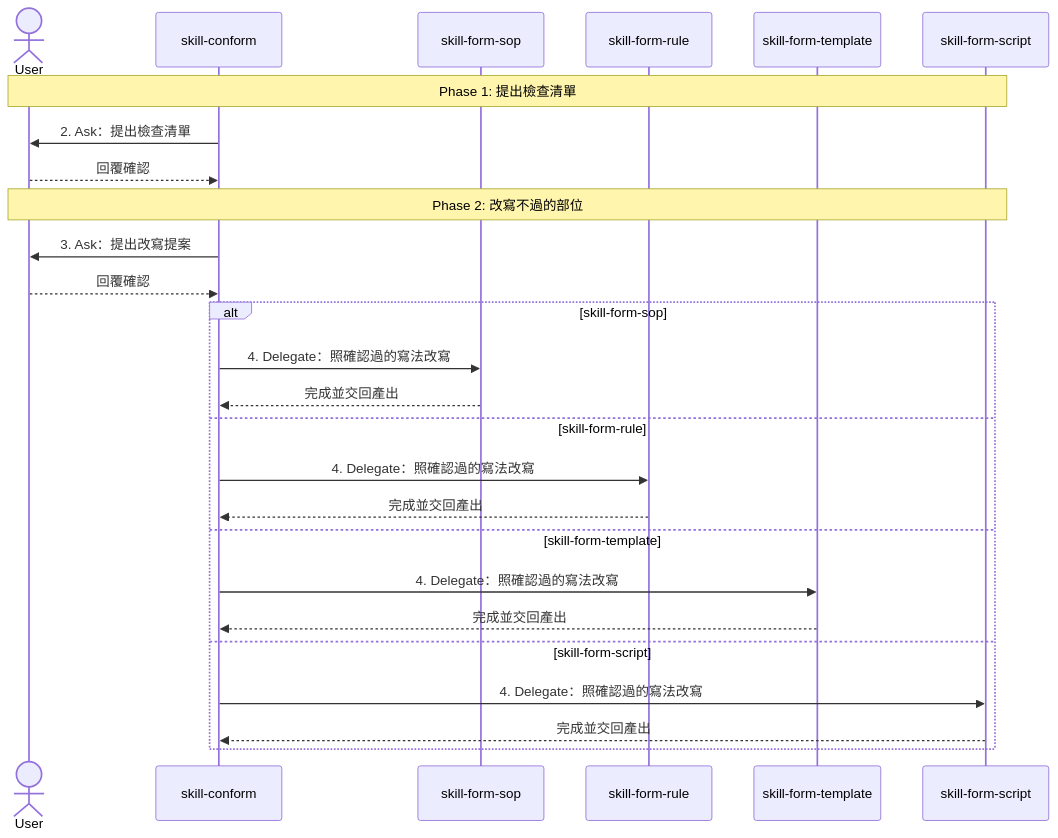
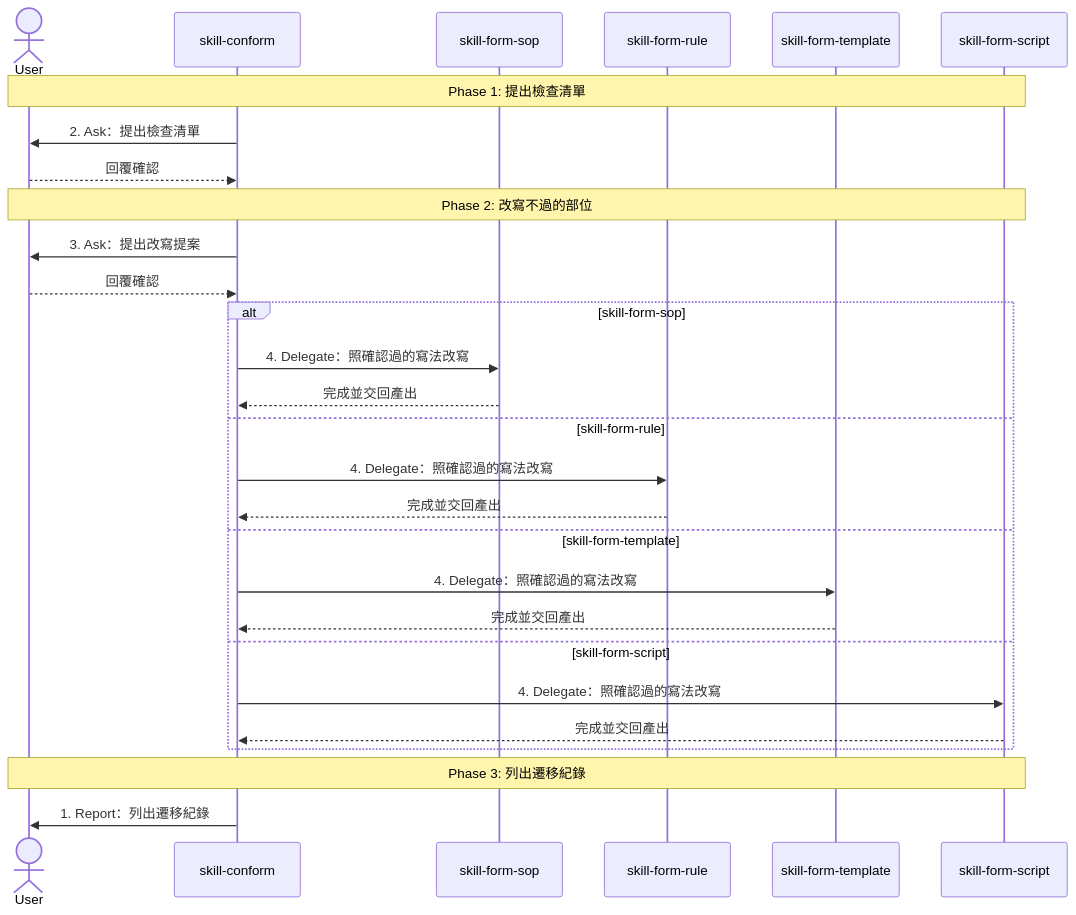
One commit to AI-x-BDD/BDGG-Dev-Skills changed the second of 2 diagrams in .agents/skills/skill-conform/SKILL.md. Above: the diagram before and after it, drawn with Mermaid. The commit also changed other lines of this file and 13 other files, not shown here.

````diff
--- a/.agents/skills/skill-conform/SKILL.md
+++ b/.agents/skills/skill-conform/SKILL.md
@@ -67,28 +67,30 @@
 ```mermaid
 sequenceDiagram
     actor User
     participant Main as skill-conform
     participant Sub_1 as skill-form-sop
     participant Sub_2 as skill-form-rule
     participant Sub_3 as skill-form-template
     participant Sub_4 as skill-form-script
     Note over User,Sub_4: Phase 1: 提出檢查清單
     Main->>User: 2. Ask：提出檢查清單
     User-->>Main: 回覆確認
     Note over User,Sub_4: Phase 2: 改寫不過的部位
     Main->>User: 3. Ask：提出改寫提案
     User-->>Main: 回覆確認
     alt skill-form-sop
         Main->>Sub_1: 4. Delegate：照確認過的寫法改寫
         Sub_1-->>Main: 完成並交回產出
     else skill-form-rule
         Main->>Sub_2: 4. Delegate：照確認過的寫法改寫
         Sub_2-->>Main: 完成並交回產出
     else skill-form-template
         Main->>Sub_3: 4. Delegate：照確認過的寫法改寫
         Sub_3-->>Main: 完成並交回產出
     else skill-form-script
         Main->>Sub_4: 4. Delegate：照確認過的寫法改寫
         Sub_4-->>Main: 完成並交回產出
     end
+    Note over User,Sub_4: Phase 3: 列出遷移紀錄
+    Main->>User: 1. Report：列出遷移紀錄
 ```
````
